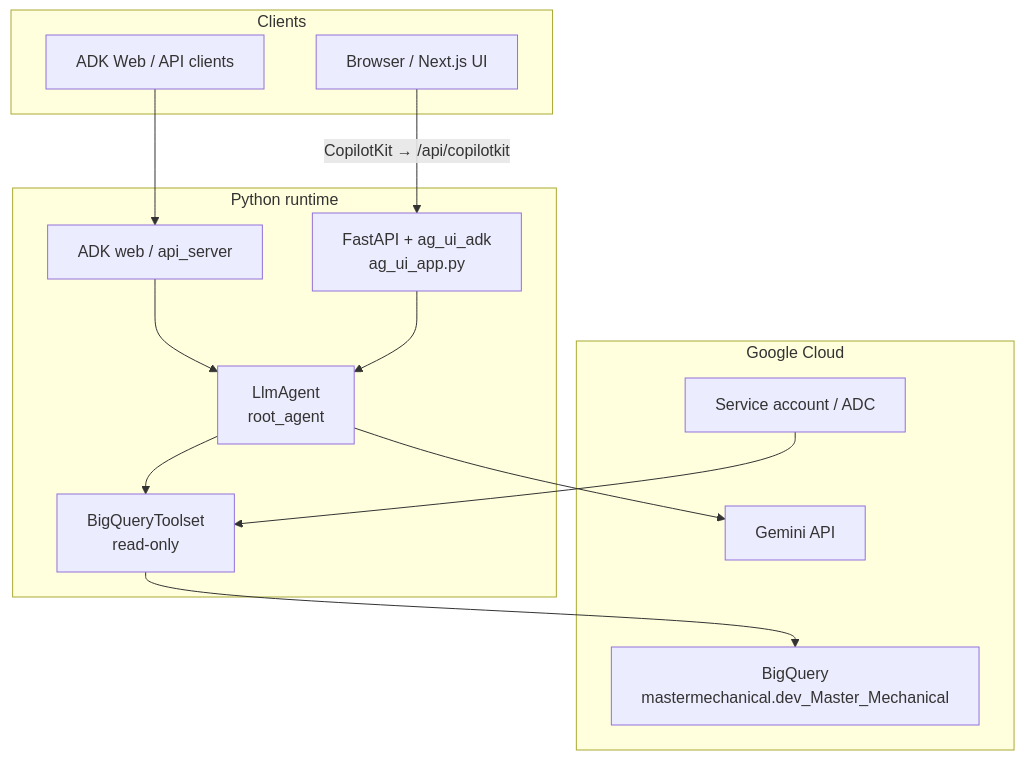
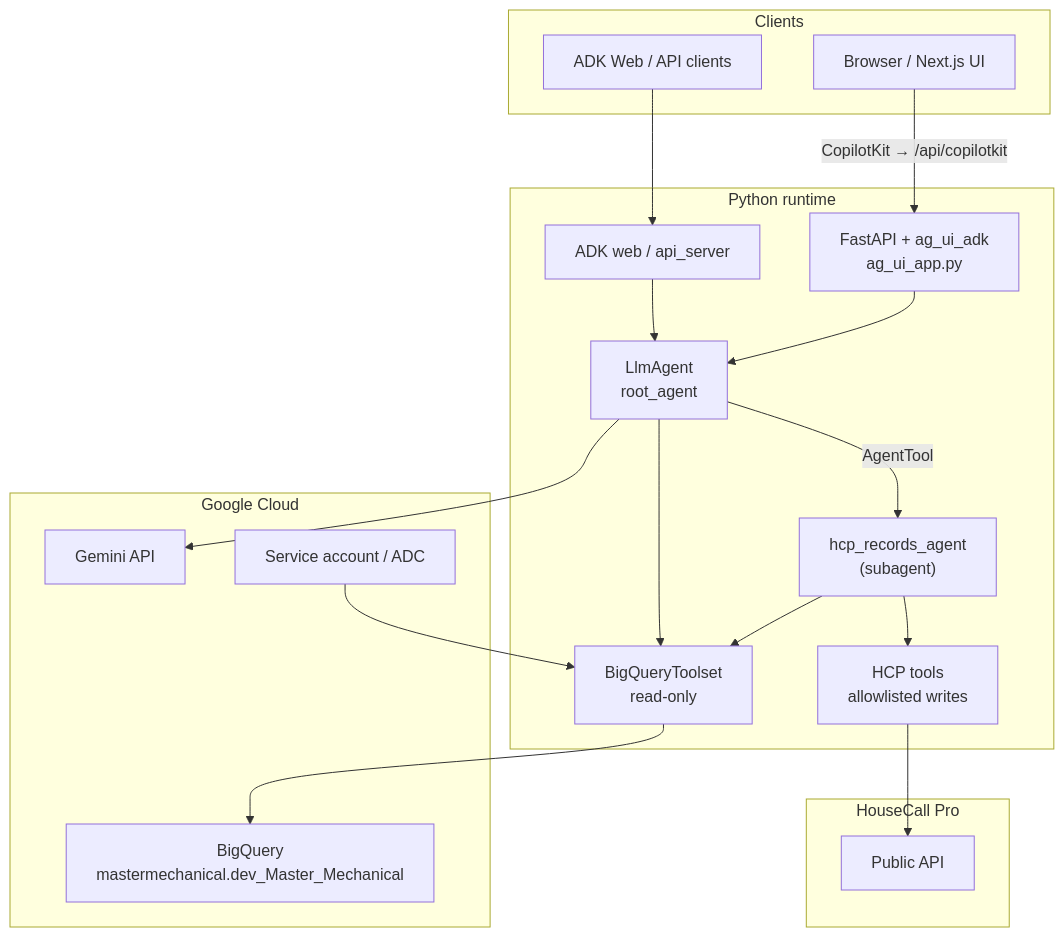
The first of 4 diagrams in ARCHITECTURE.md (rafstang/MasterMechanicalAgent), drawn with Mermaid before and after one commit. The commit also changed other lines of this file and 19 other files, not shown here.

First line of the commit message:
Implement HouseCall Pro integration for record updates and enhance architecture documentation

````diff
--- a/ARCHITECTURE.md
+++ b/ARCHITECTURE.md
@@ -23,29 +23,39 @@
 ```mermaid
 flowchart TB
   subgraph clients["Clients"]
     Browser["Browser / Next.js UI"]
     ADKWeb["ADK Web / API clients"]
   end
 
   subgraph gcp["Google Cloud"]
     Gemini["Gemini API"]
     BQ["BigQuery\nmastermechanical.dev_Master_Mechanical"]
     ADC["Service account / ADC"]
   end
 
   subgraph python["Python runtime"]
     Agent["LlmAgent\nroot_agent"]
+    HCPAgent["hcp_records_agent\n(subagent)"]
     BQTools["BigQueryToolset\nread-only"]
+    HCPTools["HCP tools\nallowlisted writes"]
     AGUI["FastAPI + ag_ui_adk\nag_ui_app.py"]
     ADKRuntime["ADK web / api_server"]
+  end
+
+  subgraph hcp["HouseCall Pro"]
+    HCPAPI["Public API"]
   end
 
   Browser -->|"CopilotKit → /api/copilotkit"| AGUI
   ADKWeb --> ADKRuntime
   ADKRuntime --> Agent
   AGUI --> Agent
   Agent --> Gemini
   Agent --> BQTools
+  Agent -->|"AgentTool"| HCPAgent
+  HCPAgent --> BQTools
+  HCPAgent --> HCPTools
+  HCPTools --> HCPAPI
   BQTools --> BQ
   ADC --> BQTools
 ```
````
